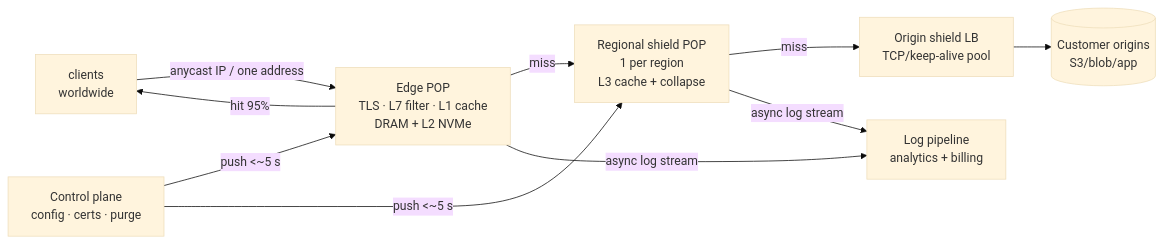
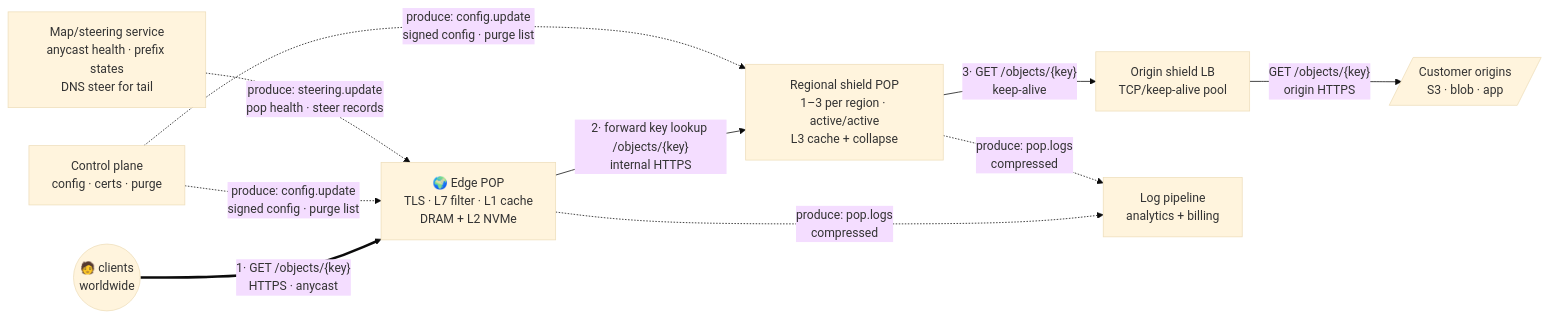
One commit to ramandika/system-design-problems changed the diagram in study_cases/09.cdn/03-architecture.md. Above: the diagram before and after it, drawn with Mermaid (base theme). The commit also changed other lines of this file and 58 other files, not shown here.

First line of the commit message:
Add diagram standard and make 6 live diagrams compliant

````diff
--- a/study_cases/09.cdn/03-architecture.md
+++ b/study_cases/09.cdn/03-architecture.md
@@ -5,12 +7,12 @@
 ```mermaid
 flowchart LR
-    U[clients<br/>worldwide] -->|anycast IP / one address| EP[Edge POP<br/>TLS · L7 filter · L1 cache<br/>DRAM + L2 NVMe]
-    EP -->|hit 95%| U
-    EP -->|miss| SH[Regional shield POP<br/>1 per region<br/>L3 cache + collapse]
-    SH -->|miss| LB[Origin shield LB<br/>TCP/keep-alive pool]
-    LB --> O[(Customer origins<br/>S3/blob/app)]
-    CP[Control plane<br/>config · certs · purge] -->|push &lt;~5 s| EP
-    CP -->|push &lt;~5 s| SH
-    EP -->|async log stream| LP[Log pipeline<br/>analytics + billing]
-    SH -->|async log stream| LP
+    u((🧑 clients<br/>worldwide)) ==>|"1· GET /objects/{key}<br/>HTTPS · anycast"| ep[🌍 Edge POP<br/>TLS · L7 filter · L1 cache<br/>DRAM + L2 NVMe]
+    ep -->|"2· forward key lookup /objects/{key}<br/>internal HTTPS"| sh[Regional shield POP<br/>1–3 per region · active/active<br/>L3 cache + collapse]
+    sh -->|"3· GET /objects/{key}<br/>keep-alive"| lb[Origin shield LB<br/>TCP/keep-alive pool]
+    lb -->|"GET /objects/{key}<br/>origin HTTPS"| o[/Customer origins<br/>S3 · blob · app/]
+    cp[Control plane<br/>config · certs · purge] -.->|"produce: config.update<br/>signed config · purge list"| ep
+    cp -.->|"produce: config.update<br/>signed config · purge list"| sh
+    ms[Map/steering service<br/>anycast health · prefix states<br/>DNS steer for tail] -.->|"produce: steering.update<br/>pop health · steer records"| ep
+    ep -.->|"produce: pop.logs<br/>compressed"| lp[Log pipeline<br/>analytics + billing]
+    sh -.->|"produce: pop.logs<br/>compressed"| lp
 ```
````
